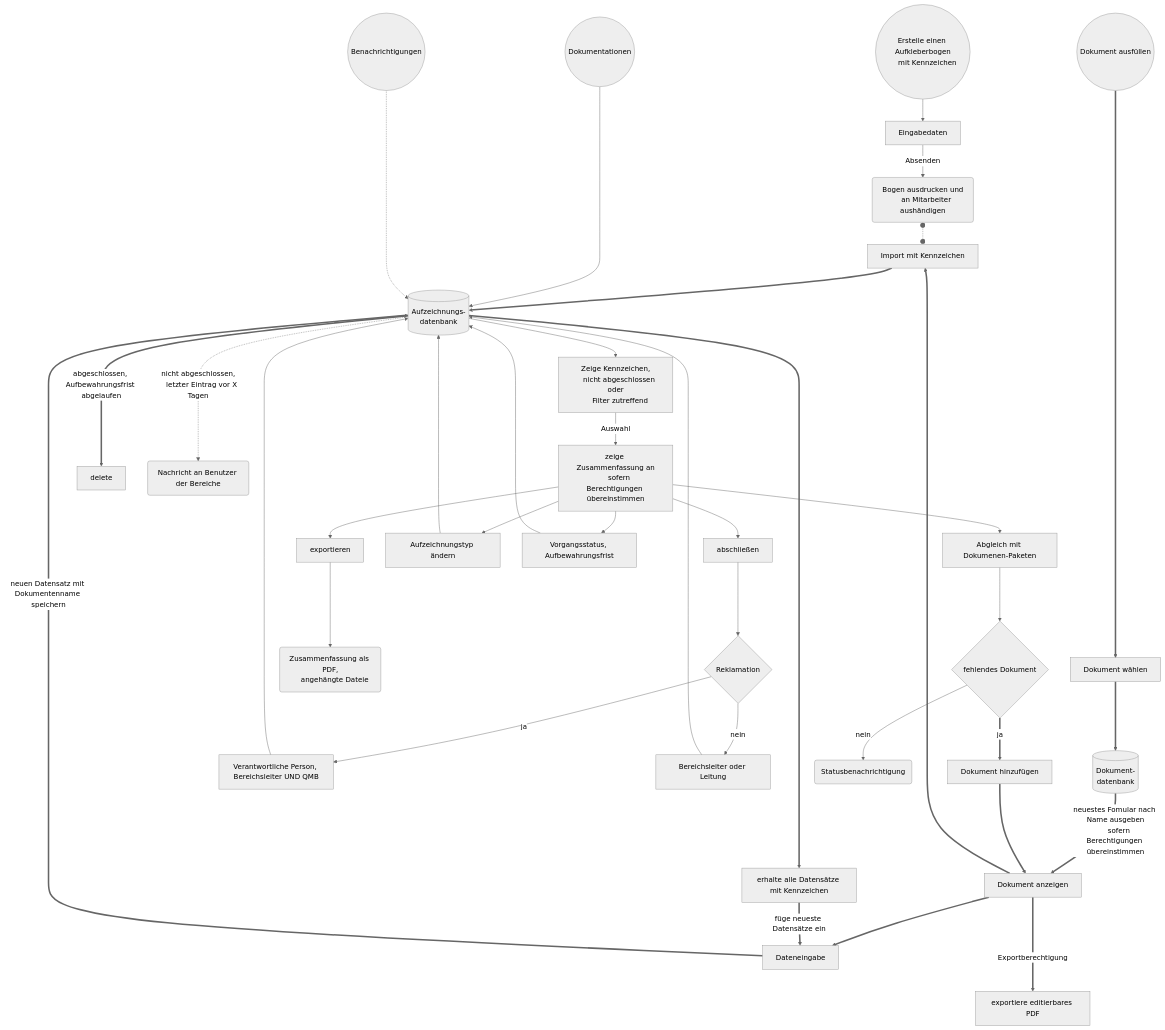
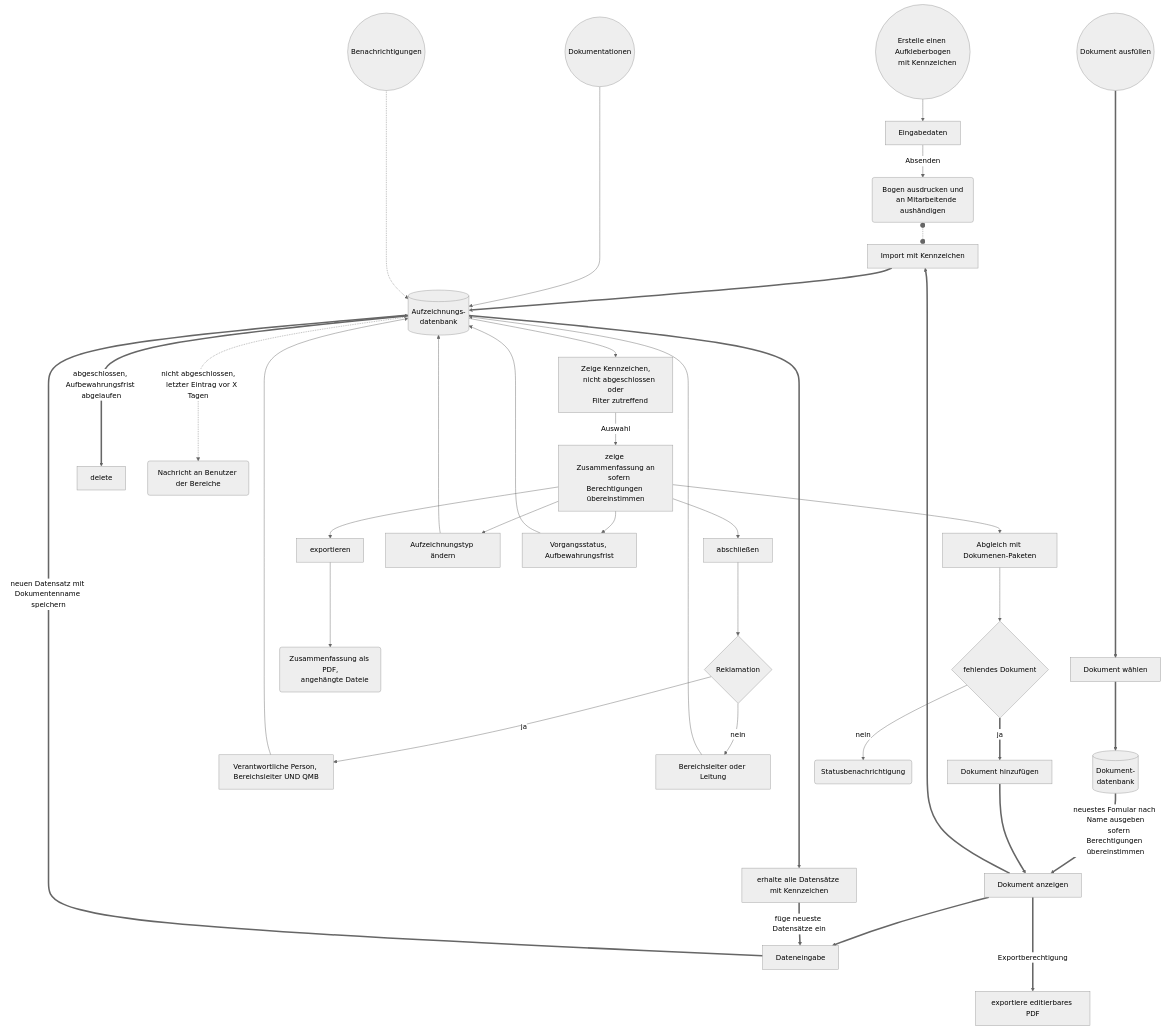
One commit to erroronline1/caro changed the fourth of 8 diagrams in readme.de.md. Above: the diagram before and after it, drawn with Mermaid (neutral theme). The commit also changed other lines of this file and 1 other file, not shown here.

````diff
--- a/readme.de.md
+++ b/readme.de.md
@@ -527,56 +527,56 @@
 ```mermaid
 graph TD;
     identifiersheet(("Erstelle einen Aufkleberbogen
     mit Kennzeichen"));
     identifiersheet-->input[Eingabedaten];
     input-->|Absenden|print("Bogen ausdrucken und
-    an Mitarbeiter aushändigen");
+    an Mitarbeitende aushändigen");
 
     filldocument((Dokument ausfüllen))=========>selectdocument[Dokument wählen];
     selectdocument==>document_db[("Dokument-
     datenbank")];
     document_db==>|"neuestes Fomular nach Name ausgeben
     sofern Berechtigungen übereinstimmen"|displaydocument[Dokument anzeigen];
     displaydocument==>inputdata[Dateneingabe];
     inputdata==>|"neuen Datensatz mit Dokumentenname speichern"|record_db[("Aufzeichnungs-
     datenbank")];
 
     displaydocument==>idimport[Import mit Kennzeichen];
     idimport==>record_db;
     record_db==>selectbyid[erhalte alle Datensätze mit Kennzeichen];
     selectbyid==>|füge neueste Datensätze ein|inputdata;
     displaydocument===>|Exportberechtigung|exportdocument[exportiere editierbares PDF]
 
     print o-.-o idimport;
 
     summaries(("Dokumentationen"))----->record_db;
     record_db-->displayids["Zeige Kennzeichen,
     nicht abgeschlossen oder
     Filter zutreffend"];
     displayids-->|Auswahl|summary["zeige Zusammenfassung an
     sofern Berechtigungen übereinstimmen"];
     summary-->close[abschließen];
     close-->complaint{Reklamation};
     complaint-->|ja|complaintclose[Verantwortliche Person, Bereichsleiter UND QMB];
     complaintclose-->record_db;
     complaint-->|nein|nocomplaintclose[Bereichsleiter oder Leitung];
     nocomplaintclose-->record_db;
     summary-->export[exportieren];
     export-->pdf("Zusammenfassung als PDF,
     angehängte Dateie");
     summary-->matchbundles[Abgleich mit Dokumenen-Paketen];
     matchbundles-->missing{fehlendes Dokument};
     missing==>|ja|appenddata[Dokument hinzufügen];
     appenddata==>displaydocument;
     missing-->|nein|nonemissing(Statusbenachrichtigung);
     summary-->retype[Aufzeichnungstyp ändern];
     retype-->record_db;
     summary-->record_state[Vorgangsstatus, Aufbewahrungsfrist];
     record_state-->record_db;
 
     record_db===>|abgeschlossen, Aufbewahrungsfrist abgelaufen|delete;
 
     notification((Benachrichtigungen))-....->record_db;
     record_db-..->|"nicht abgeschlossen,
     letzter Eintrag vor X Tagen"|message(Nachricht an Benutzer der Bereiche);
 ```
````
